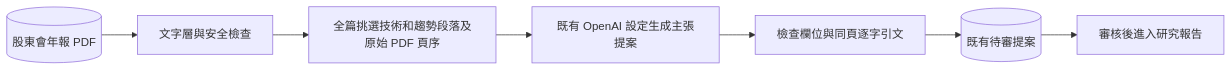
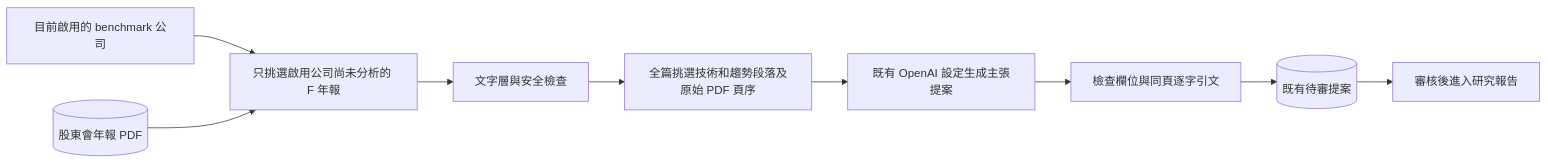
The second of 2 diagrams in docs/TW_SEMICONDUCTOR_BENCHMARK.md (Vinskao/maya-sawa), drawn with Mermaid before and after one commit. The commit also changed other lines of this file and 3 other files, not shown here.

````diff
--- a/docs/TW_SEMICONDUCTOR_BENCHMARK.md
+++ b/docs/TW_SEMICONDUCTOR_BENCHMARK.md
@@ -28,9 +30,11 @@
 ```mermaid
 flowchart LR
-  Filing[(股東會年報 PDF)] --> Screen[文字層與安全檢查]
+  Active[目前啟用的 benchmark 公司] --> Queue[只挑選啟用公司尚未分析的 F 年報]
+  Filing[(股東會年報 PDF)] --> Queue
+  Queue --> Screen[文字層與安全檢查]
   Screen --> Extract[全篇挑選技術和趨勢段落及原始 PDF 頁序]
   Extract --> OpenAI[既有 OpenAI 設定生成主張提案]
   OpenAI --> Verify[檢查欄位與同頁逐字引文]
   Verify --> Inbox[(既有待審提案)]
   Inbox --> Review[審核後進入研究報告]
 ```
````
